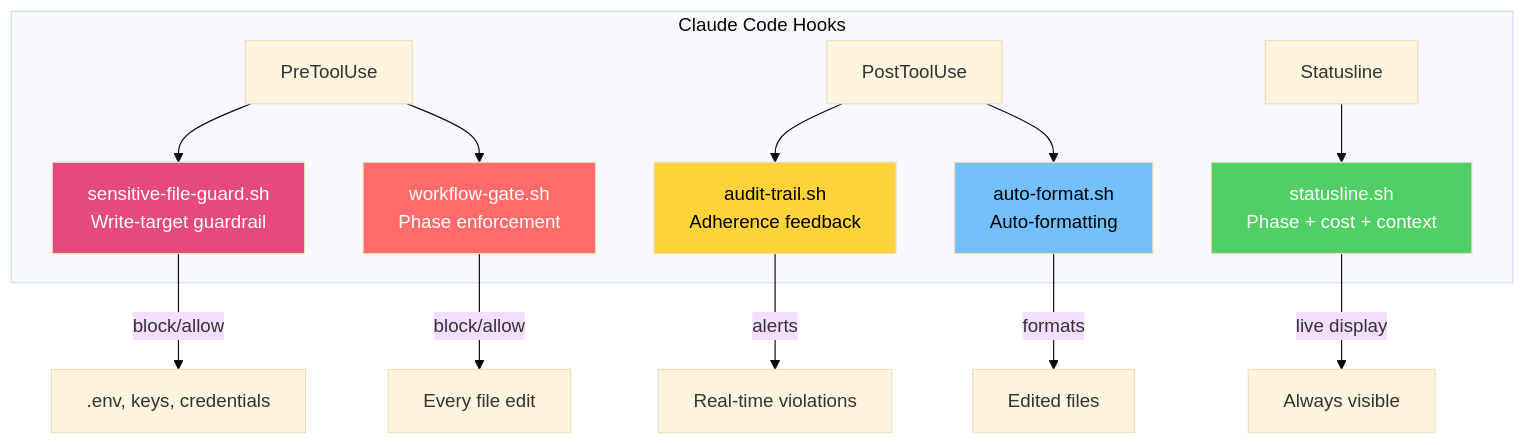
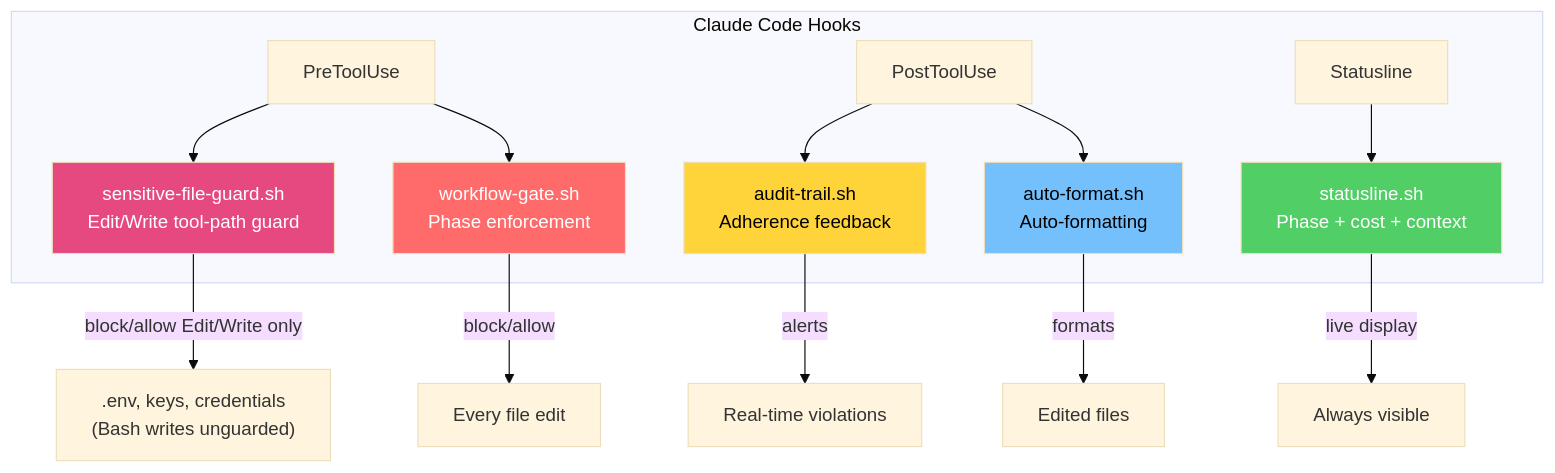
Before and after one commit to joshft/correctless: the sixth of 6 diagrams in README.md, drawn with Mermaid (base theme). The commit also changed other lines of this file and 35 other files, not shown here.

First line of the commit message:
Reduce sensitive-file-guard to Edit/Write-tool-path only (security downgrade) (#206)

````diff
--- a/README.md
+++ b/README.md
@@ -273,22 +273,22 @@
 ```mermaid
 graph TB
     subgraph "Claude Code Hooks"
-        A["PreToolUse"] --> H["sensitive-file-guard.sh<br/>Write-target guardrail"]
+        A["PreToolUse"] --> H["sensitive-file-guard.sh<br/>Edit/Write tool-path guard"]
         A --> B["workflow-gate.sh<br/>Phase enforcement"]
         C["PostToolUse"] --> D["audit-trail.sh<br/>Adherence feedback"]
         C --> G["auto-format.sh<br/>Auto-formatting"]
         E["Statusline"] --> F["statusline.sh<br/>Phase + cost + context"]
     end
 
-    H -->|"block/allow"| M[".env, keys, credentials"]
+    H -->|"block/allow Edit/Write only"| M[".env, keys, credentials<br/>(Bash writes unguarded)"]
     B -->|"block/allow"| I["Every file edit"]
     D -->|"alerts"| J["Real-time violations"]
     G -->|"formats"| L["Edited files"]
     F -->|"live display"| K["Always visible"]
 
     style H fill:#e64980,color:#fff
     style B fill:#ff6b6b,color:#fff
     style D fill:#ffd43b,color:#000
     style G fill:#74c0fc,color:#000
     style F fill:#51cf66,color:#fff
 ```
````
